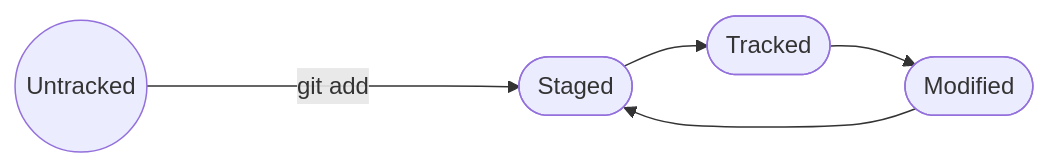
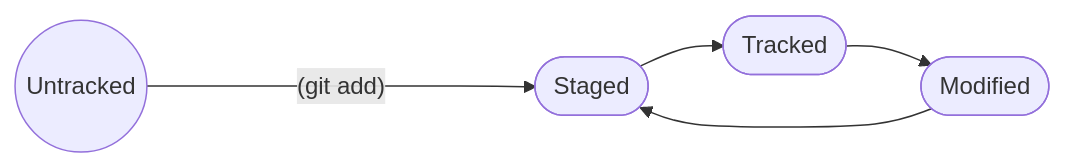
One commit to jjuiiva/homework1 changed the diagram in README.md. Above: the diagram before and after it, drawn with Mermaid.

Commit message:
Попытка 8 исправить неработающую схему

````diff
--- a/README.md
+++ b/README.md
@@ -84,13 +84,13 @@
 ```mermaid
 flowchart LR
 
     A((Untracked))
     B([Staged])
     C([Modified])
     D([Tracked])
 
-    A --git add-----> B
+    A --(git add)-----> B
     B --> D
     D --> C
     C --> B
 ```
````
